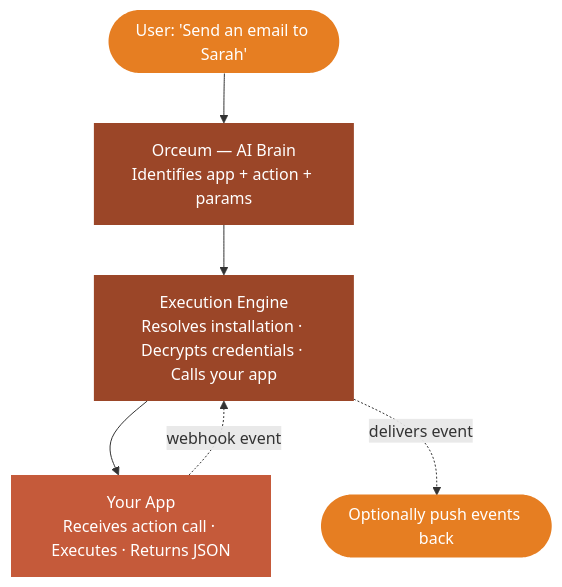
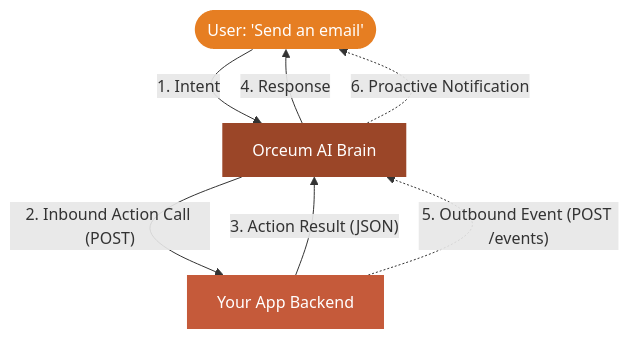
One commit to PeterAkande/orceum-docs changed the first of 2 diagrams in building-apps/overview.mdx. Above: the diagram before and after it, drawn with Mermaid. The commit also changed other lines of this file and 3 other files, not shown here.

Commit message:
docs: document app authentication architecture and add guides for building and installing authenticated apps

````diff
--- a/building-apps/overview.mdx
+++ b/building-apps/overview.mdx
@@ -22,18 +32,18 @@
 ```mermaid
 flowchart TD
-    U(["User: 'Send an email to Sarah'"])
-    B["Orceum — AI Brain\nIdentifies app + action + params"]
-    E["Execution Engine\nResolves installation · Decrypts credentials · Calls your app"]
-    A["Your App\nReceives action call · Executes · Returns JSON"]
-    W(["Optionally push events back"])
-
-    U --> B --> E --> A
-    A -.->|webhook event| E
-    E -.->|delivers event| W
+    U(["User: 'Send an email'"])
+    B["Orceum AI Brain"]
+    A["Your App Backend"]
+    
+    U -- "1. Intent" --> B
+    B -- "2. Inbound Action Call (POST)" --> A
+    A -- "3. Action Result (JSON)" --> B
+    B -- "4. Response" --> U
+    
+    A -. "5. Outbound Event (POST /events)" .-> B
+    B -. "6. Proactive Notification" .-> U
 
     style U fill:#e67e22,color:#fff,stroke:none
     style B fill:#9b4628,color:#fff,stroke:none
-    style E fill:#9b4628,color:#fff,stroke:none
     style A fill:#c55a3a,color:#fff,stroke:none
-    style W fill:#e67e22,color:#fff,stroke:none
 ```
````
